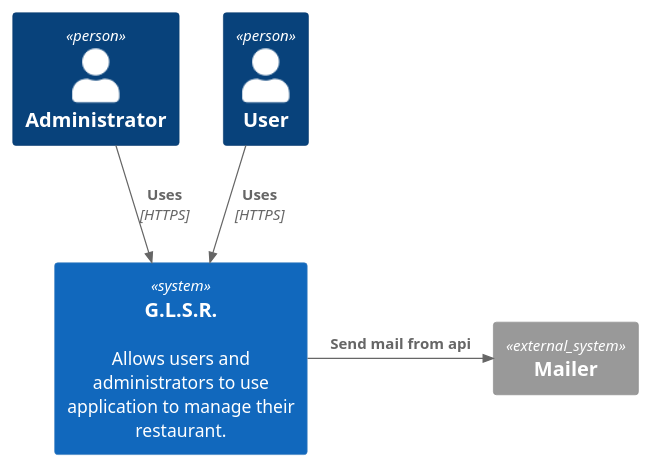
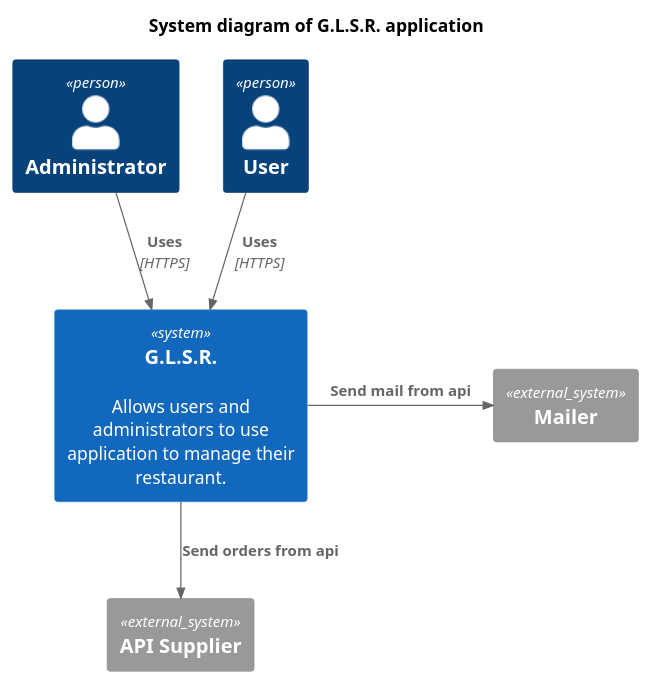
The diagram in docs/C4-Model/system/system.puml (Dev-Int/tests), drawn with PlantUML before and after one commit. The commit also changed 17 other files, not shown here.

```diff
--- a/docs/C4-Model/system/system.puml
+++ b/docs/C4-Model/system/system.puml
@@ -1,17 +1,20 @@
 @startuml System
 !include https://raw.githubusercontent.com/plantuml-stdlib/C4-PlantUML/master/C4_Context.puml
-'!includeurl https://raw.githubusercontent.com/RicardoNiepel/C4-PlantUML/release/1-0/C4_Container.puml
-'!includeurl https://raw.githubusercontent.com/RicardoNiepel/C4-PlantUML/release/1-0/C4_Context.puml
-'!includeurl https://raw.githubusercontent.com/RicardoNiepel/C4-PlantUML/release/1-0/C4_Component.puml
+
+title System diagram of G.L.S.R. application
 
 Person(admin_user, "Administrator")
 Person(user, "User")
 
 System(application, "G.L.S.R.", "Allows users and administrators to use application to manage their restaurant.")
 
 System_Ext(mailer, "Mailer")
+System_Ext(api_supplier, "API Supplier")
 
 Rel(admin_user, application, "Uses", "HTTPS")
 Rel(user, application, "Uses", "HTTPS")
+
 Rel_R(application, mailer, "Send mail from api")
+Rel(application, api_supplier, "Send orders from api")
+
 @enduml
```
